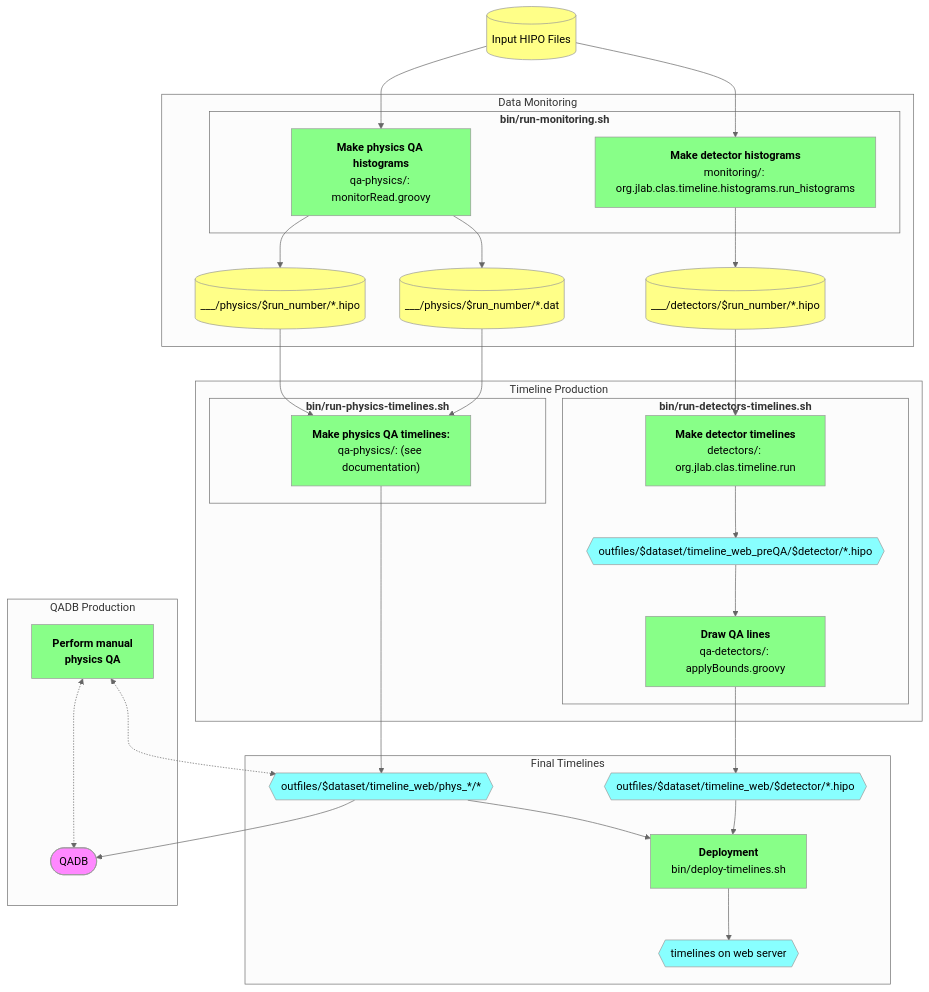
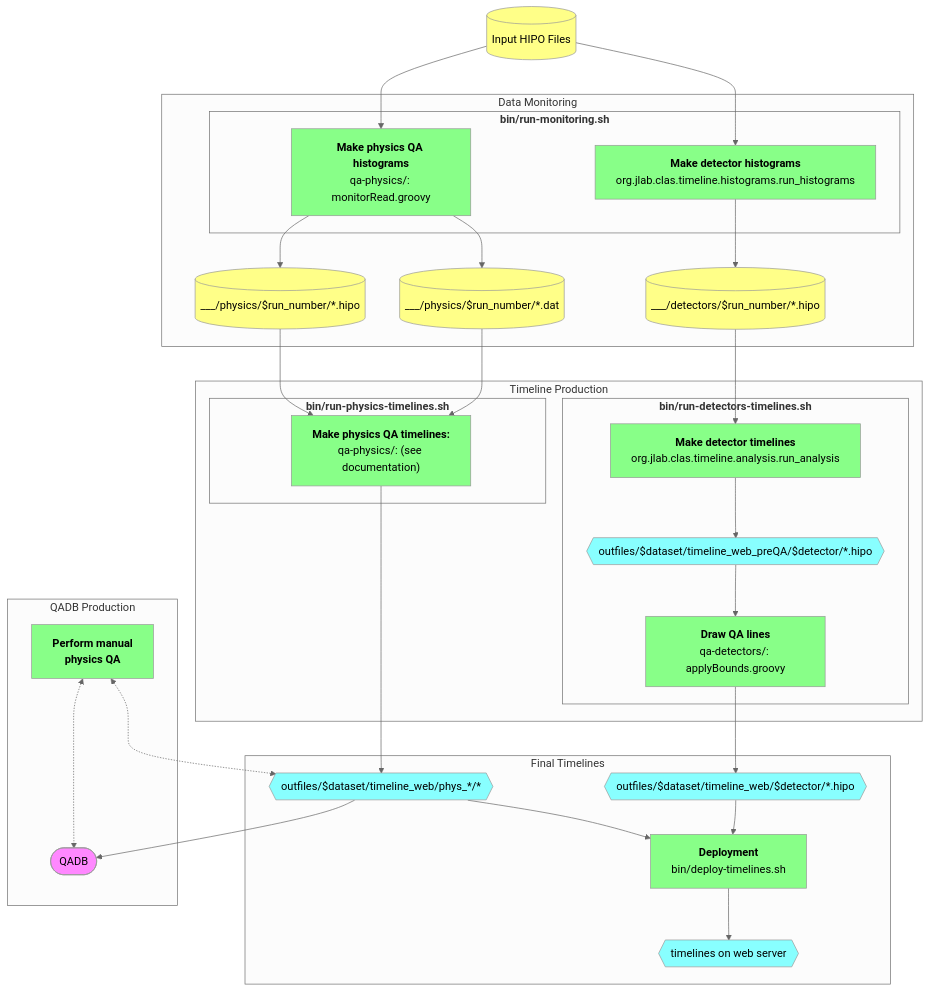
The diagram in doc/dev_notes.md (JeffersonLab/clas12-timeline), drawn with Mermaid (neutral theme) before and after one commit. The commit also changed 1 other file, not shown here.

Commit message:
doc: respect combination of `monitoring` and `detectors` maven modules

````diff
--- a/doc/dev_notes.md
+++ b/doc/dev_notes.md
@@ -4,57 +4,57 @@
 ```mermaid
 flowchart TB
 
     classDef proc     fill:#8f8,color:black
     classDef data     fill:#ff8,color:black
     classDef misc     fill:#f8f,color:black
     classDef timeline fill:#8ff,color:black
 
     dst[(Input HIPO Files)]:::data
 
     subgraph Data Monitoring
         subgraph "<strong>bin/run-monitoring.sh</strong>"
-            monitorDetectors["<strong>Make detector histograms</strong><br/>monitoring/: org.jlab.clas.timeline.histograms.run_histograms"]:::proc
+            monitorDetectors["<strong>Make detector histograms</strong><br/>org.jlab.clas.timeline.histograms.run_histograms"]:::proc
             monitorPhysics["<strong>Make physics QA histograms</strong><br/>qa-physics/: monitorRead.groovy"]:::proc
         end
         outplots[(___/detectors/$run_number/*.hipo)]:::data
         outdat[(___/physics/$run_number/*.dat)]:::data
         outmon[(___/physics/$run_number/*.hipo)]:::data
     end
     dst --> monitorDetectors
     dst --> monitorPhysics
     monitorDetectors --> outplots
     monitorPhysics   --> outdat
     monitorPhysics   --> outmon
 
     subgraph Timeline Production
         subgraph "<strong>bin/run-detectors-timelines.sh</strong>"
-            timelineDetectorsPreQA["<strong>Make detector timelines</strong><br/>detectors/: org.jlab.clas.timeline.run"]:::proc
+            timelineDetectorsPreQA["<strong>Make detector timelines</strong><br/>org.jlab.clas.timeline.analysis.run_analysis"]:::proc
             outTimelineDetectorsPreQA{{outfiles/$dataset/timeline_web_preQA/$detector/*.hipo}}:::timeline
             timelineDetectors["<strong>Draw QA lines</strong><br/>qa-detectors/: applyBounds.groovy"]:::proc
         end
         subgraph "<strong>bin/run-physics-timelines.sh</strong>"
             timelinePhysics["<strong>Make physics QA timelines:</strong><br/>qa-physics/: (see documentation)"]:::proc
         end
     end
     subgraph Final Timelines
         outTimelinePhysics{{outfiles/$dataset/timeline_web/phys_*/*}}:::timeline
         outTimelineDetectors{{outfiles/$dataset/timeline_web/$detector/*.hipo}}:::timeline
         deploy["<strong>Deployment</strong><br/>bin/deploy-timelines.sh"]:::proc
         timelineDir{{timelines on web server}}:::timeline
     end
     outplots --> timelineDetectorsPreQA --> outTimelineDetectorsPreQA --> timelineDetectors --> outTimelineDetectors
     outdat   --> timelinePhysics
     outmon   --> timelinePhysics
     timelinePhysics --> outTimelinePhysics
     outTimelineDetectors --> deploy
     outTimelinePhysics   --> deploy
     deploy --> timelineDir
 
     subgraph QADB Production
         qadb([QADB]):::misc
         manualQA[<strong>Perform manual<br/>physics QA</strong>]:::proc
     end
     outTimelinePhysics   --> qadb
     manualQA <-.-> outTimelinePhysics
     manualQA <-.-> qadb
 ```
````
